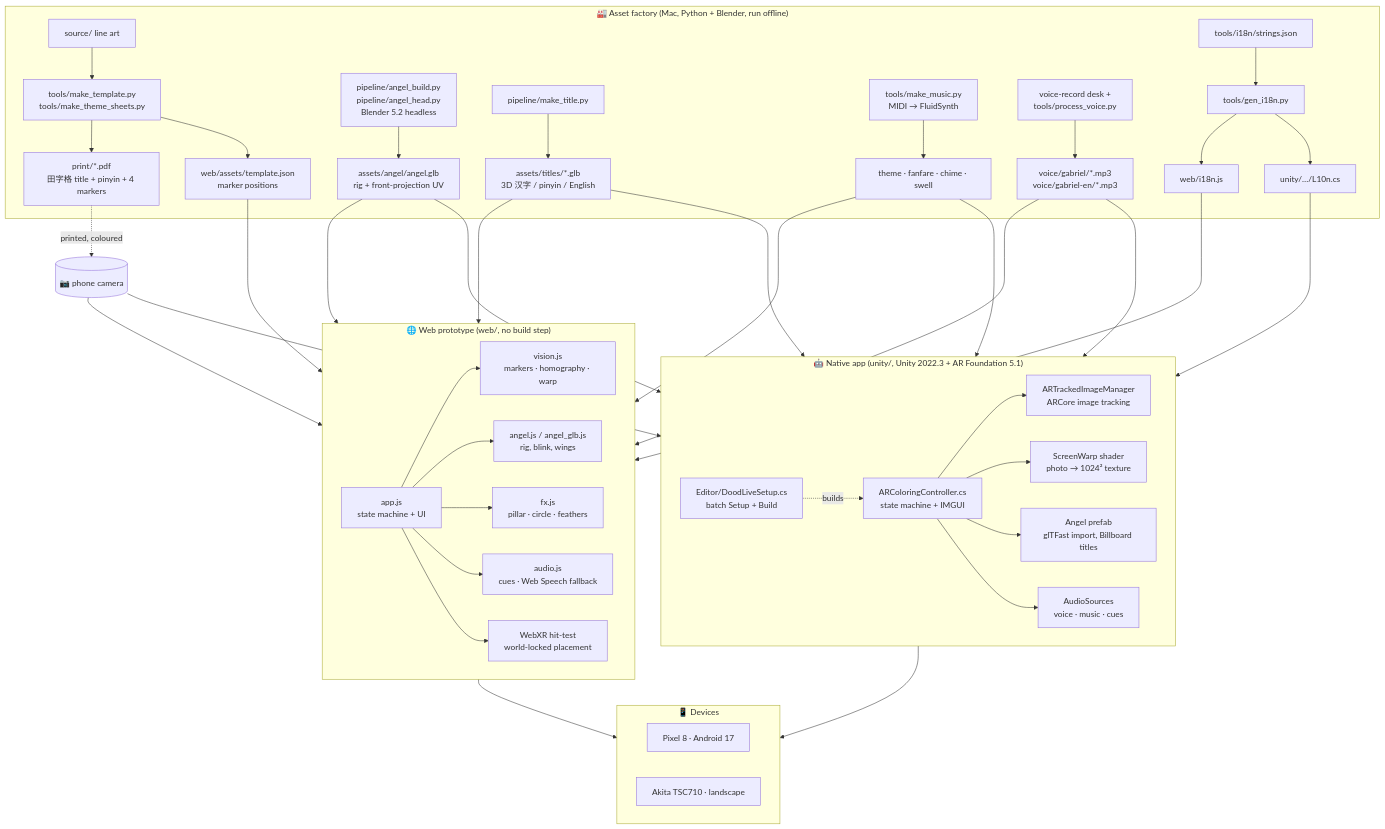
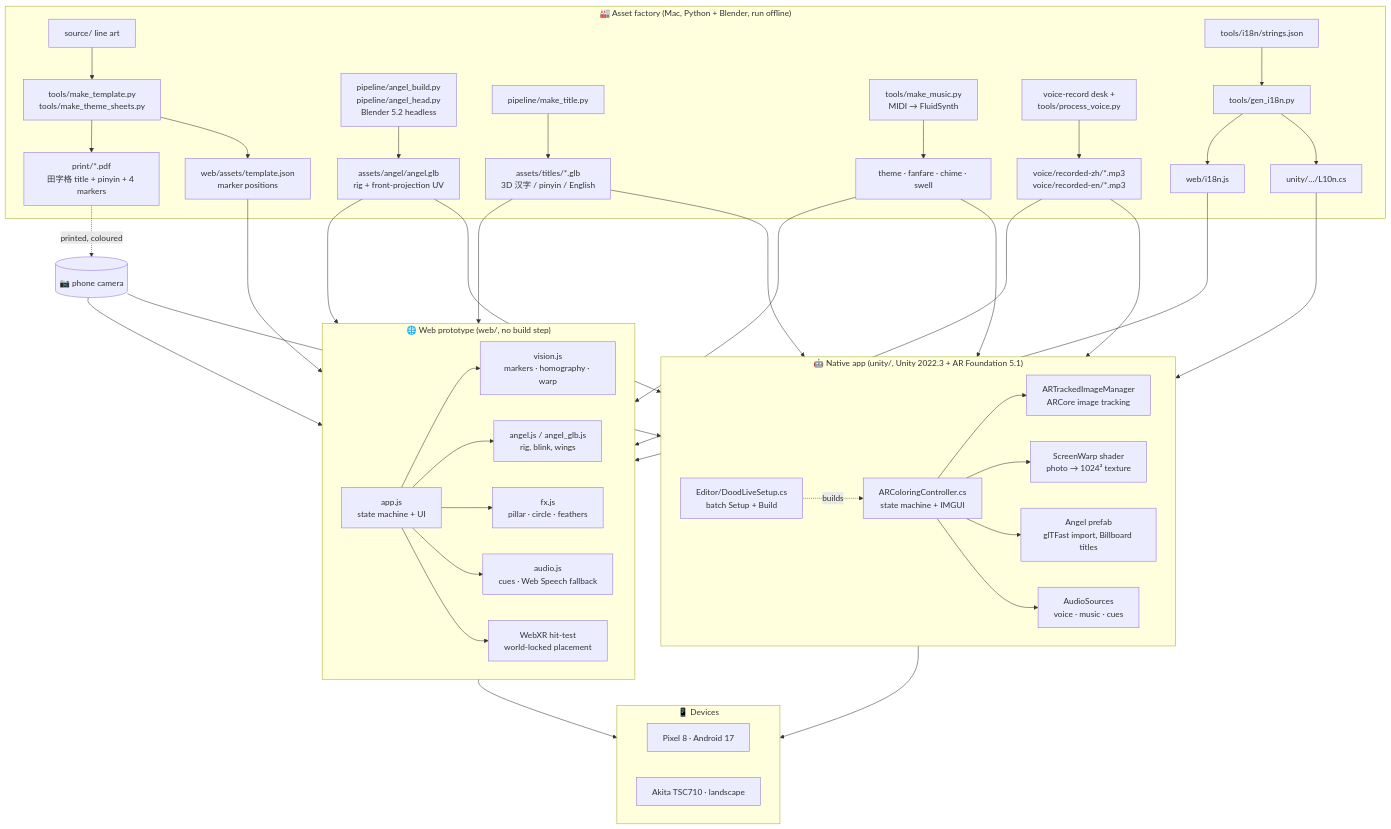
One commit to GabrielPower1969/doodlive changed the second of 5 diagrams in README.md. Above: the diagram before and after it, drawn with Mermaid. The commit also changed other lines of this file and 630 other files, not shown here.

````diff
--- a/README.md
+++ b/README.md
@@ -110,48 +110,48 @@
 ```mermaid
 flowchart TB
     subgraph MAKE["🏭 Asset factory (Mac, Python + Blender, run offline)"]
         S[source/ line art] --> T[tools/make_template.py<br/>tools/make_theme_sheets.py]
         T --> P[print/*.pdf<br/>田字格 title + pinyin + 4 markers]
         T --> TJ[web/assets/template.json<br/>marker positions]
         BL[pipeline/angel_build.py<br/>pipeline/angel_head.py<br/>Blender 5.2 headless] --> GLB[assets/angel/angel.glb<br/>rig + front-projection UV]
         TT[pipeline/make_title.py] --> TG[assets/titles/*.glb<br/>3D 汉字 / pinyin / English]
         MU[tools/make_music.py<br/>MIDI → FluidSynth] --> MP3[theme · fanfare · chime · swell]
-        VR[voice-record desk +<br/>tools/process_voice.py] --> VO[voice/gabriel/*.mp3<br/>voice/gabriel-en/*.mp3]
+        VR[voice-record desk +<br/>tools/process_voice.py] --> VO[voice/recorded-zh/*.mp3<br/>voice/recorded-en/*.mp3]
         ST[tools/i18n/strings.json] --> GEN[tools/gen_i18n.py]
         GEN --> I18N[web/i18n.js]
         GEN --> L10N[unity/…/L10n.cs]
     end
 
     subgraph WEB["🌐 Web prototype (web/, no build step)"]
         APP[app.js<br/>state machine + UI] --> VIS[vision.js<br/>markers · homography · warp]
         APP --> ANG[angel.js / angel_glb.js<br/>rig, blink, wings]
         APP --> FX[fx.js<br/>pillar · circle · feathers]
         APP --> AUD[audio.js<br/>cues · Web Speech fallback]
         APP --> XR[WebXR hit-test<br/>world-locked placement]
     end
 
     subgraph UNITY["🤖 Native app (unity/, Unity 2022.3 + AR Foundation 5.1)"]
         CTL[ARColoringController.cs<br/>state machine + IMGUI] --> ARF[ARTrackedImageManager<br/>ARCore image tracking]
         CTL --> WARP[ScreenWarp shader<br/>photo → 1024² texture]
         CTL --> PRE[Angel prefab<br/>glTFast import, Billboard titles]
         CTL --> AS[AudioSources<br/>voice · music · cues]
         SET[Editor/DoodLiveSetup.cs<br/>batch Setup + Build] -.builds.-> CTL
     end
 
     GLB --> WEB & UNITY
     TG --> WEB & UNITY
     MP3 --> WEB & UNITY
     VO --> WEB & UNITY
     I18N --> WEB
     L10N --> UNITY
     TJ --> WEB
     P -. printed, coloured .-> CAM[(📷 phone camera)]
     CAM --> WEB & UNITY
 
     subgraph DEV["📱 Devices"]
         PX[Pixel 8 · Android 17]
         AK[Akita TSC710 · landscape]
     end
     UNITY --> DEV
     WEB --> DEV
 ```
````
